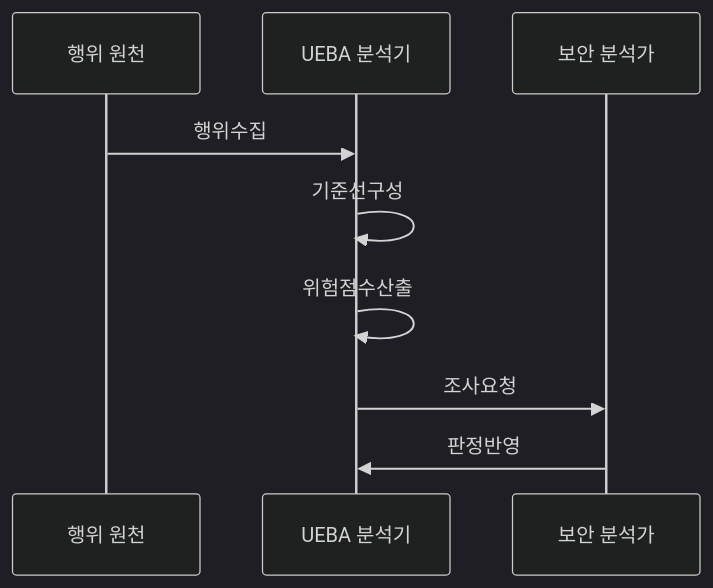
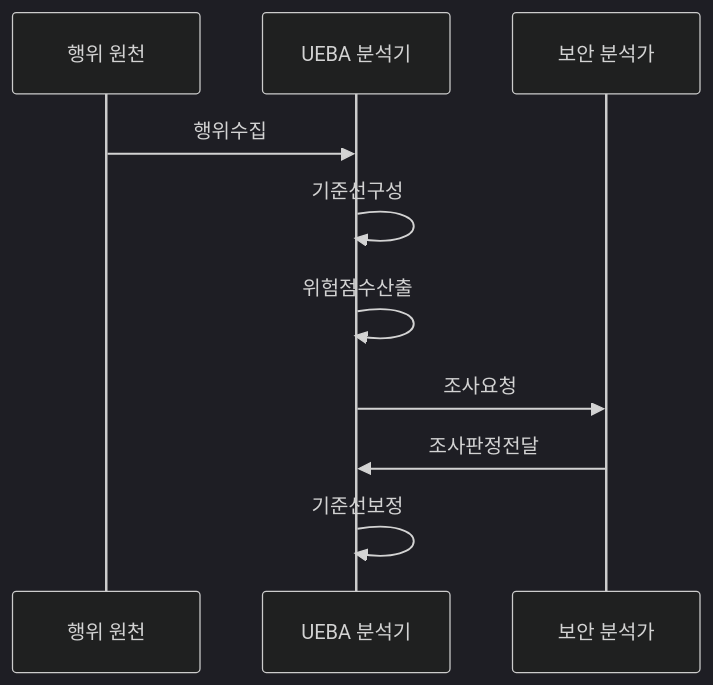
Before and after one commit to agnusdei1207/knowledge-base: the second of 2 diagrams in src/content/docs/notes/05-security/038_ueba.md, drawn with Mermaid (dark theme). The commit also changed other lines of this file and 27 other files, not shown here.

````diff
--- a/src/content/docs/notes/05-security/038_ueba.md
+++ b/src/content/docs/notes/05-security/038_ueba.md
@@ -87,11 +87,12 @@
 ```mermaid
 sequenceDiagram
     participant S as 행위 원천
     participant U as UEBA 분석기
     participant A as 보안 분석가
     S->>U: 행위수집
     U->>U: 기준선구성
     U->>U: 위험점수산출
     U->>A: 조사요청
-    A->>U: 판정반영
+    A->>U: 조사판정전달
+    U->>U: 기준선보정
 ```
````
